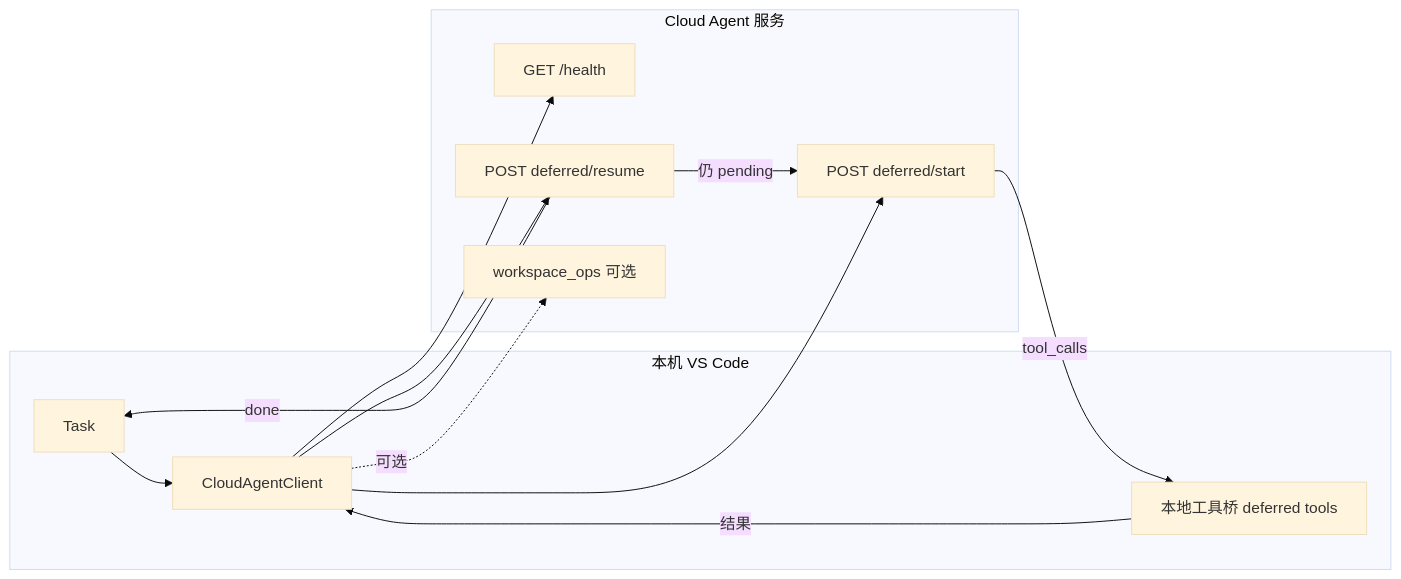
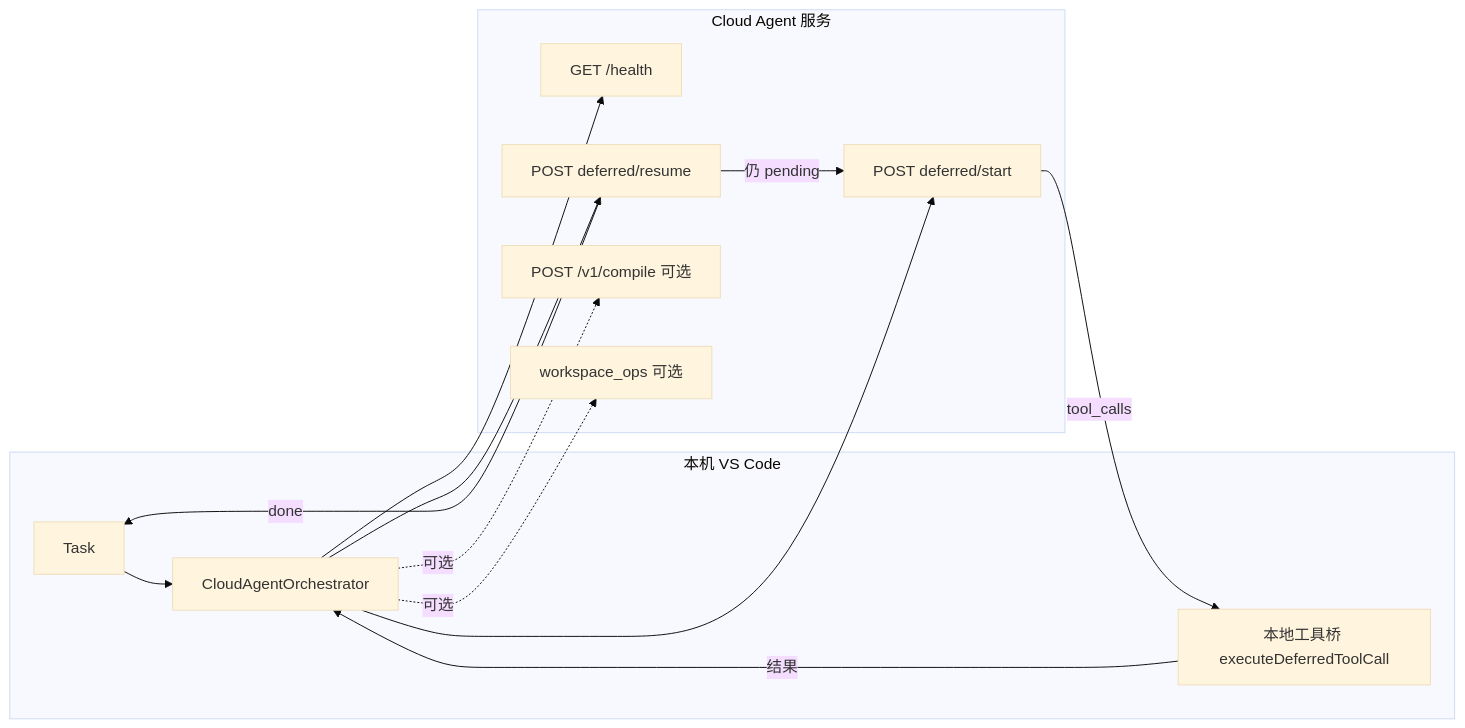
Before and after one commit to JunjieChen0/NJUST: the third of 5 diagrams in README.md, drawn with Mermaid (base theme). The commit also changed other lines of this file and 402 other files, not shown here.

````diff
--- a/README.md
+++ b/README.md
@@ -104,23 +104,25 @@
 ```mermaid
 flowchart LR
   subgraph Local["本机 VS Code"]
     T[Task]
-    B[CloudAgentClient]
-    X[本地工具桥 deferred tools]
+    B[CloudAgentOrchestrator]
+    X[本地工具桥 executeDeferredToolCall]
   end
   subgraph Remote["Cloud Agent 服务"]
     H[GET /health]
     S[POST deferred/start]
     R[POST deferred/resume]
+    C[POST /v1/compile 可选]
     W[workspace_ops 可选]
   end
   T --> B
   B --> H
   B --> S
   S -->|tool_calls| X
   X -->|结果| B
   B --> R
   R -->|仍 pending| S
   R -->|done| T
+  B -.->|可选| C
   B -.->|可选| W
 ```
````
